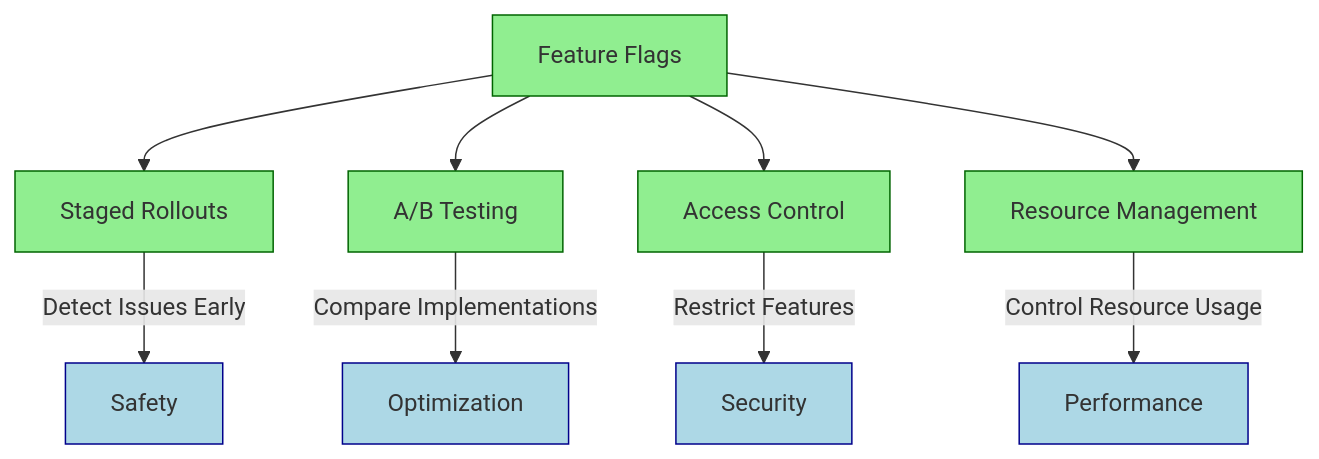
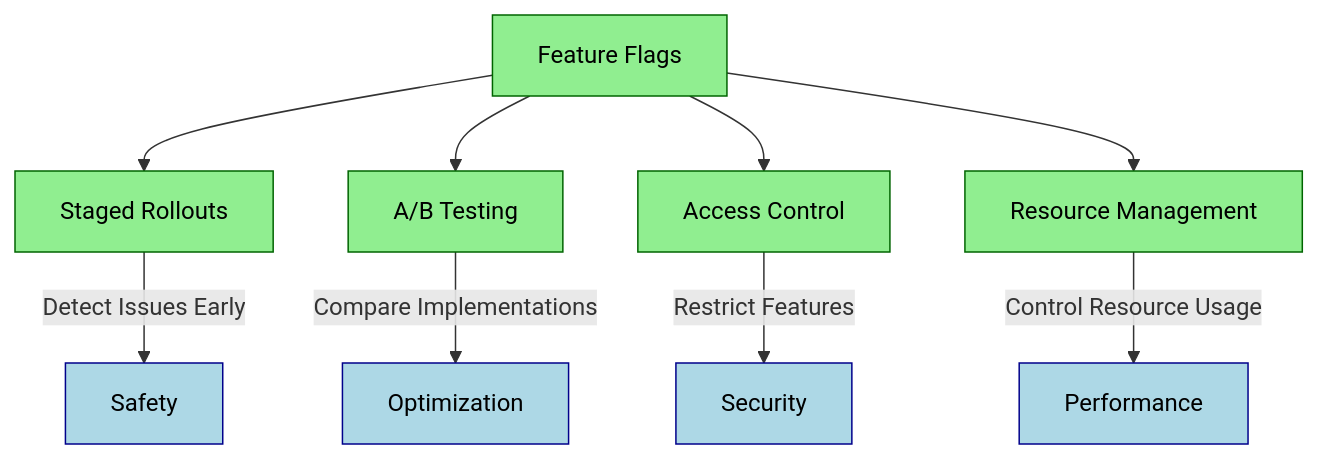
The second of 3 diagrams in src/feature-flag-integration.md (Szermer/QED), drawn with Mermaid before and after one commit. The commit also changed other lines of this file and 4 other files, not shown here.

Commit message:
style: improving readability in darkmode of some mermaid diagrams

````diff
--- a/src/feature-flag-integration.md
+++ b/src/feature-flag-integration.md
@@ -71,18 +71,18 @@
 ```mermaid
 graph TD
     FF[Feature Flags] --> SR[Staged Rollouts]
     FF --> AB[A/B Testing]
     FF --> AC[Access Control]
     FF --> RM[Resource Management]
     
     SR --> |Detect Issues Early| Safety[Safety]
     AB --> |Compare Implementations| Optimization[Optimization]
     AC --> |Restrict Features| Security[Security]
     RM --> |Control Resource Usage| Performance[Performance]
     
-    classDef benefit fill:#90EE90,stroke:#006400,stroke-width:1px;
-    classDef outcome fill:#ADD8E6,stroke:#00008B,stroke-width:1px;
+    classDef benefit fill:#90EE90,stroke:#006400,stroke-width:1px,color:#000000;
+    classDef outcome fill:#ADD8E6,stroke:#00008B,stroke-width:1px,color:#000000;
     
     class FF,SR,AB,AC,RM benefit;
     class Safety,Optimization,Security,Performance outcome;
 ```
````
